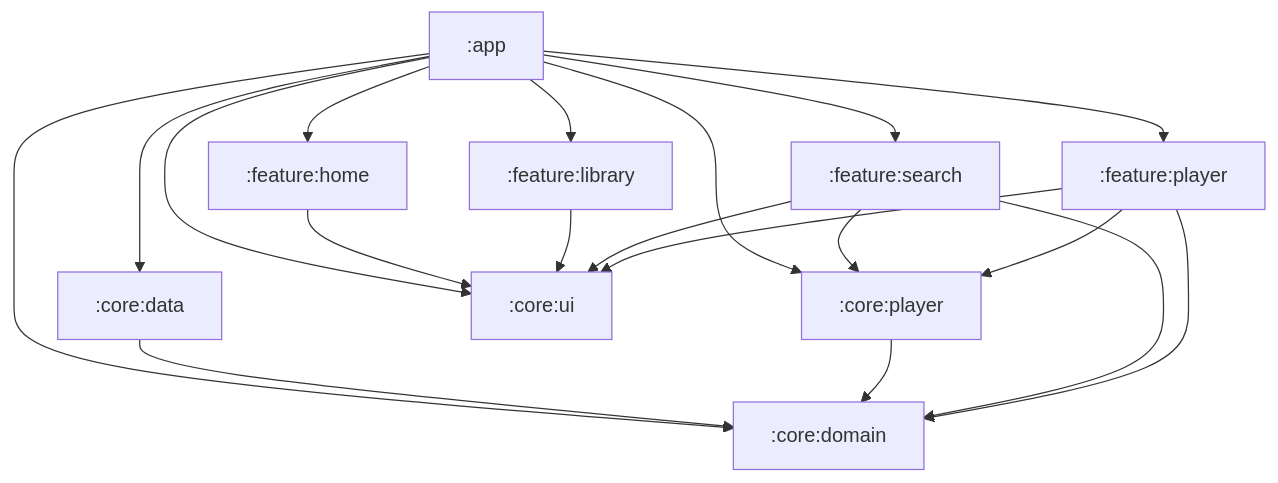
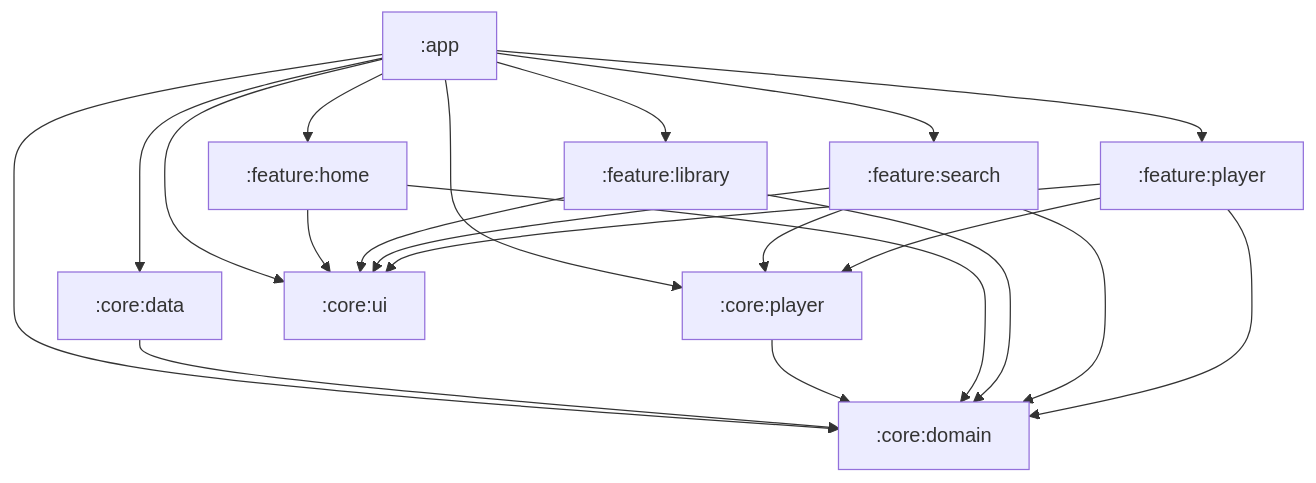
One commit to code-saksham-hash/Resona changed the diagram in ARCHITECTURE.md. Above: the diagram before and after it, drawn with Mermaid. The commit also changed other lines of this file and 10 other files, not shown here.

````diff
--- a/ARCHITECTURE.md
+++ b/ARCHITECTURE.md
@@ -9,23 +9,25 @@
 ```mermaid
 graph TD
     app[":app"] --> core_domain[":core:domain"]
     app --> core_data[":core:data"]
     app --> core_player[":core:player"]
     app --> core_ui[":core:ui"]
     app --> feature_home[":feature:home"]
     app --> feature_search[":feature:search"]
     app --> feature_player[":feature:player"]
     app --> feature_library[":feature:library"]
 
     core_data --> core_domain
     core_player --> core_domain
 
+    feature_home --> core_domain
     feature_home --> core_ui
+    feature_library --> core_domain
     feature_library --> core_ui
     feature_search --> core_domain
     feature_search --> core_ui
     feature_search --> core_player
     feature_player --> core_domain
     feature_player --> core_ui
     feature_player --> core_player
 ```
````
